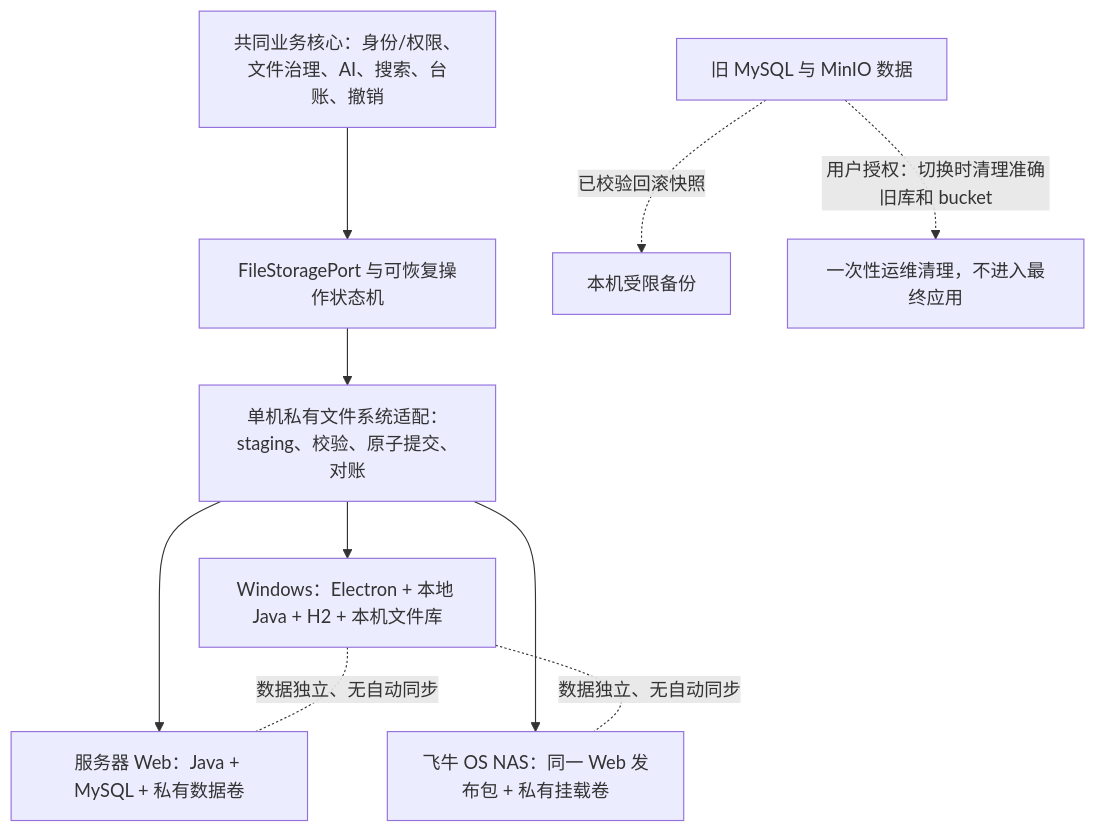
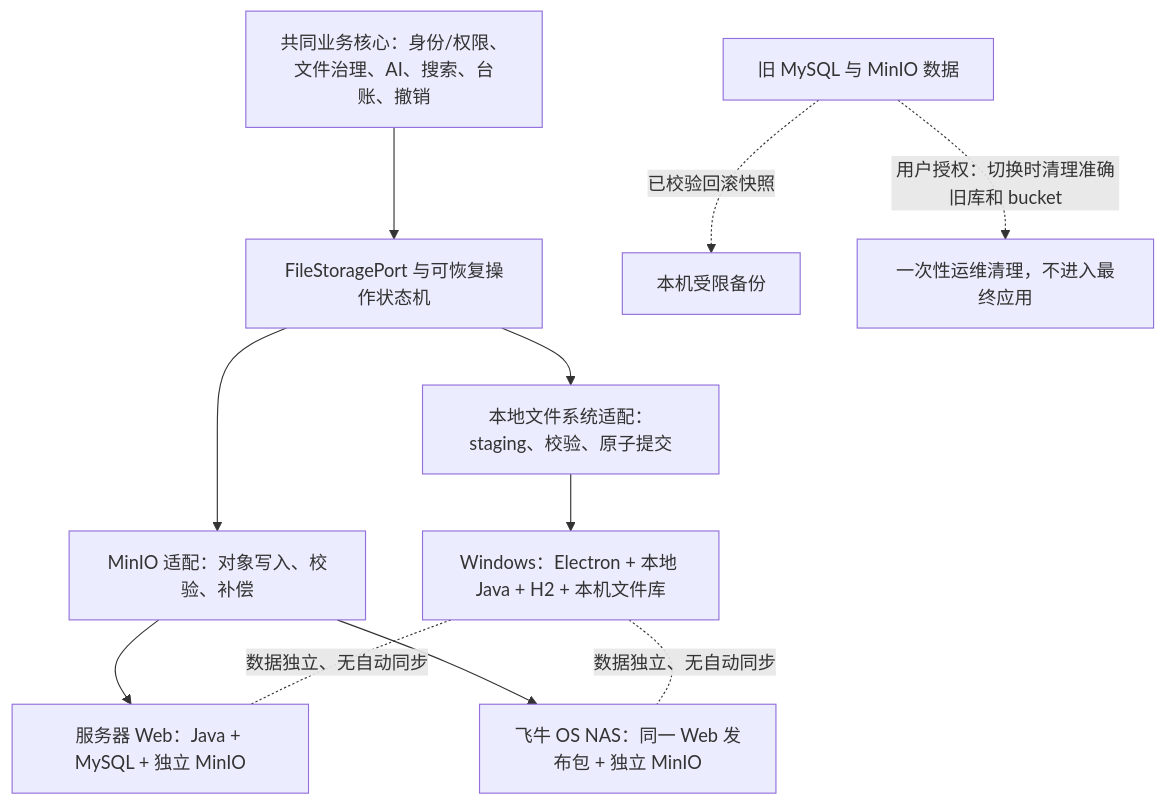
Before and after one commit to whiteCQian/Coffer: the first of 2 diagrams in docs/plans/AgentFS最终落地执行计划.md, drawn with Mermaid. The commit also changed other lines of this file and 319 other files, not shown here.

````diff
--- a/docs/plans/AgentFS最终落地执行计划.md
+++ b/docs/plans/AgentFS最终落地执行计划.md
@@ -11,12 +13,13 @@
 ```mermaid
 flowchart TB
   CORE[共同业务核心：身份/权限、文件治理、AI、搜索、台账、撤销] --> PORT[FileStoragePort 与可恢复操作状态机]
-  PORT --> FS[单机私有文件系统适配：staging、校验、原子提交、对账]
+  PORT --> FS[本地文件系统适配：staging、校验、原子提交]
+  PORT --> S3[MinIO 适配：对象写入、校验、补偿]
   FS --> WIN[Windows：Electron + 本地 Java + H2 + 本机文件库]
-  FS --> WEB[服务器 Web：Java + MySQL + 私有数据卷]
-  FS --> NAS[飞牛 OS NAS：同一 Web 发布包 + 私有挂载卷]
+  S3 --> WEB[服务器 Web：Java + MySQL + 独立 MinIO]
+  S3 --> NAS[飞牛 OS NAS：同一 Web 发布包 + 独立 MinIO]
   OLD[旧 MySQL 与 MinIO 数据] -. 已校验回滚快照 .-> SNAP[本机受限备份]
   OLD -. 用户授权：切换时清理准确旧库和 bucket .-> PURGE[一次性运维清理，不进入最终应用]
   WIN -. 数据独立、无自动同步 .- WEB
   WIN -. 数据独立、无自动同步 .- NAS
 ```
````
